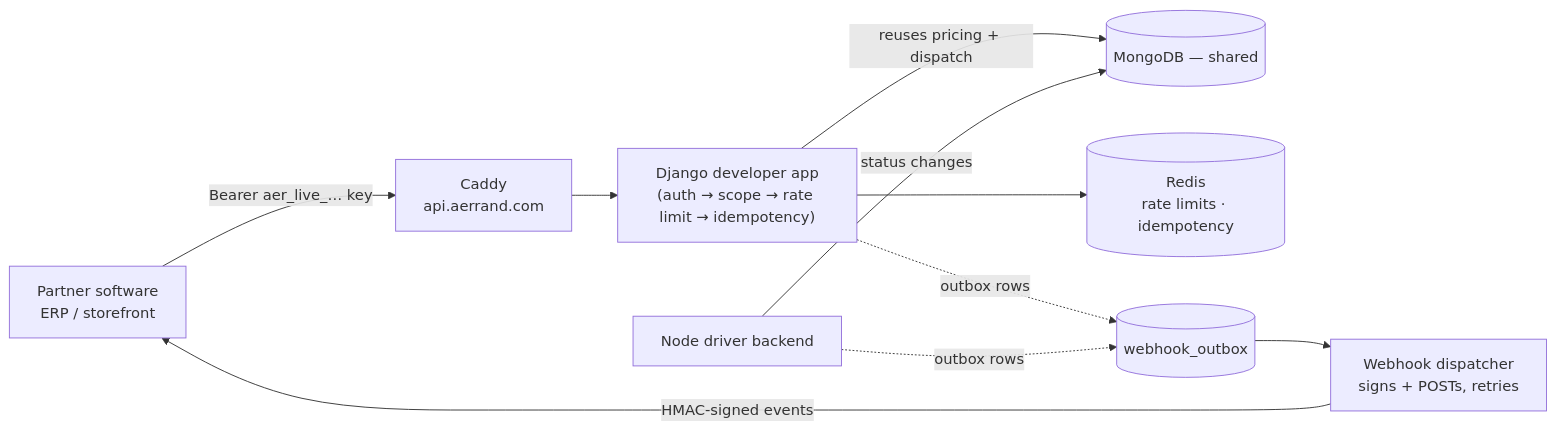
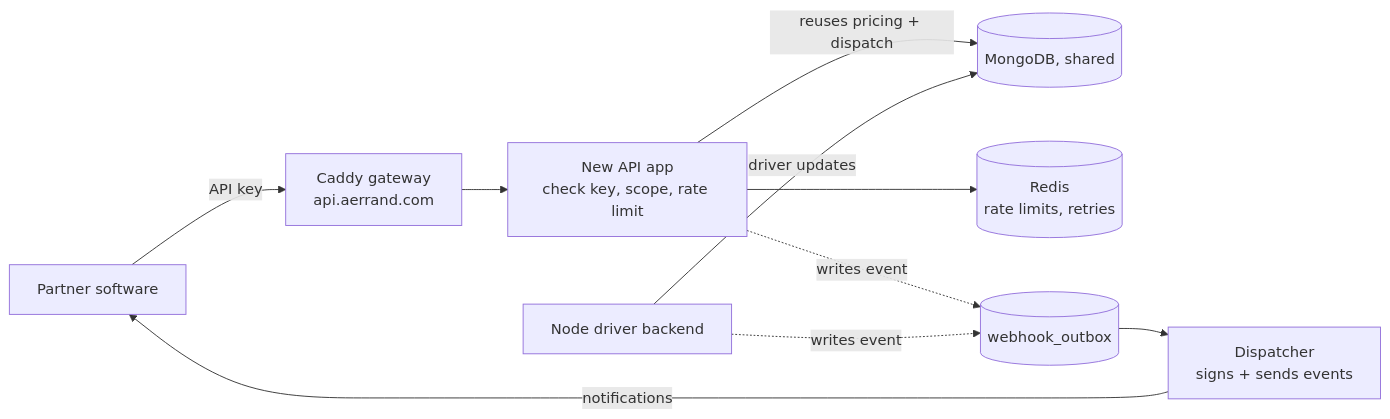
One commit to nikhilnathi2003/aerrand-developer-api changed the diagram in docs/P1-initial-setup-report.md. Above: the diagram before and after it, drawn with Mermaid. The commit also changed other lines of this file, not shown here.

````diff
--- a/docs/P1-initial-setup-report.md
+++ b/docs/P1-initial-setup-report.md
@@ -32,12 +35,12 @@
 ```mermaid
 flowchart LR
-    I[Partner software<br/>ERP / storefront] -->|Bearer aer_live_… key| C[Caddy<br/>api.aerrand.com]
-    C --> V["Django developer app<br/>(auth → scope → rate limit → idempotency)"]
-    V -->|reuses pricing + dispatch| DB[(MongoDB — shared)]
-    V --> R[(Redis<br/>rate limits · idempotency)]
-    N[Node driver backend] -->|status changes| DB
-    V -. outbox rows .-> OB[(webhook_outbox)]
-    N -. outbox rows .-> OB
-    OB --> D[Webhook dispatcher<br/>signs + POSTs, retries]
-    D -->|HMAC-signed events| I
+    I[Partner software] -->|API key| C[Caddy gateway<br/>api.aerrand.com]
+    C --> V["New API app<br/>check key, scope, rate limit"]
+    V -->|reuses pricing + dispatch| DB[(MongoDB, shared)]
+    V --> R[(Redis<br/>rate limits, retries)]
+    N[Node driver backend] -->|driver updates| DB
+    V -. writes event .-> OB[(webhook_outbox)]
+    N -. writes event .-> OB
+    OB --> D[Dispatcher<br/>signs + sends events]
+    D -->|notifications| I
 ```
````
